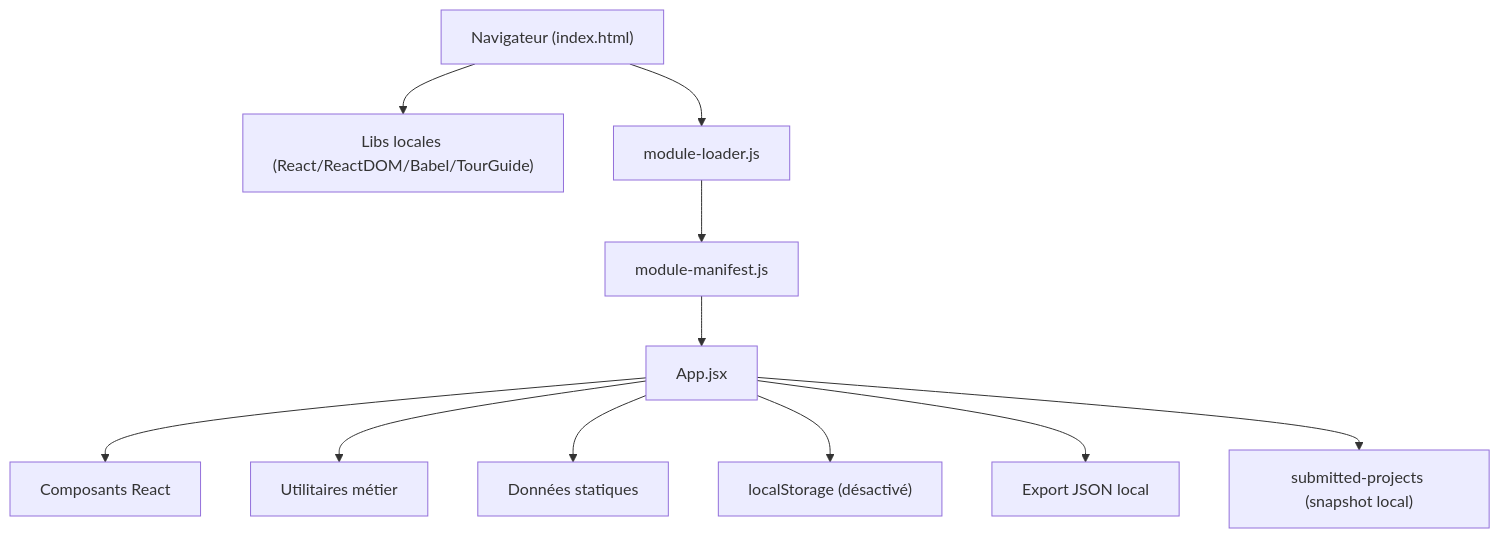
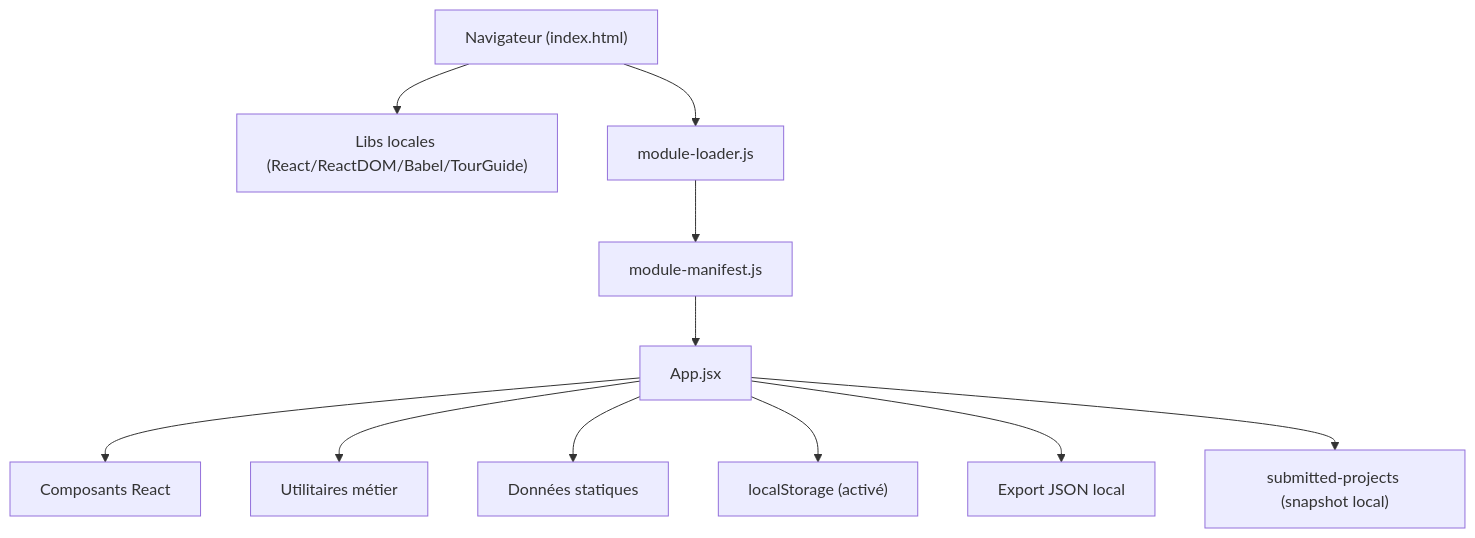
The diagram in docs/README.md (antoinelmariel-ux/compliance-navigator), drawn with Mermaid before and after one commit. The commit also changed other lines of this file and 2 other files, not shown here.

````diff
--- a/docs/README.md
+++ b/docs/README.md
@@ -7,13 +7,13 @@
 ```mermaid
 graph TD
   Browser["Navigateur (index.html)"] --> Vendor["Libs locales (React/ReactDOM/Babel/TourGuide)"]
   Browser --> ModuleLoader["module-loader.js"]
   ModuleLoader --> Manifest["module-manifest.js"]
   Manifest --> App["App.jsx"]
   App --> Components["Composants React"]
   App --> Utils["Utilitaires métier"]
   App --> Data["Données statiques"]
-  App --> Storage["localStorage (désactivé)"]
+  App --> Storage["localStorage (activé)"]
   App --> Export["Export JSON local"]
   App --> Submitted["submitted-projects (snapshot local)"]
 ```
````
